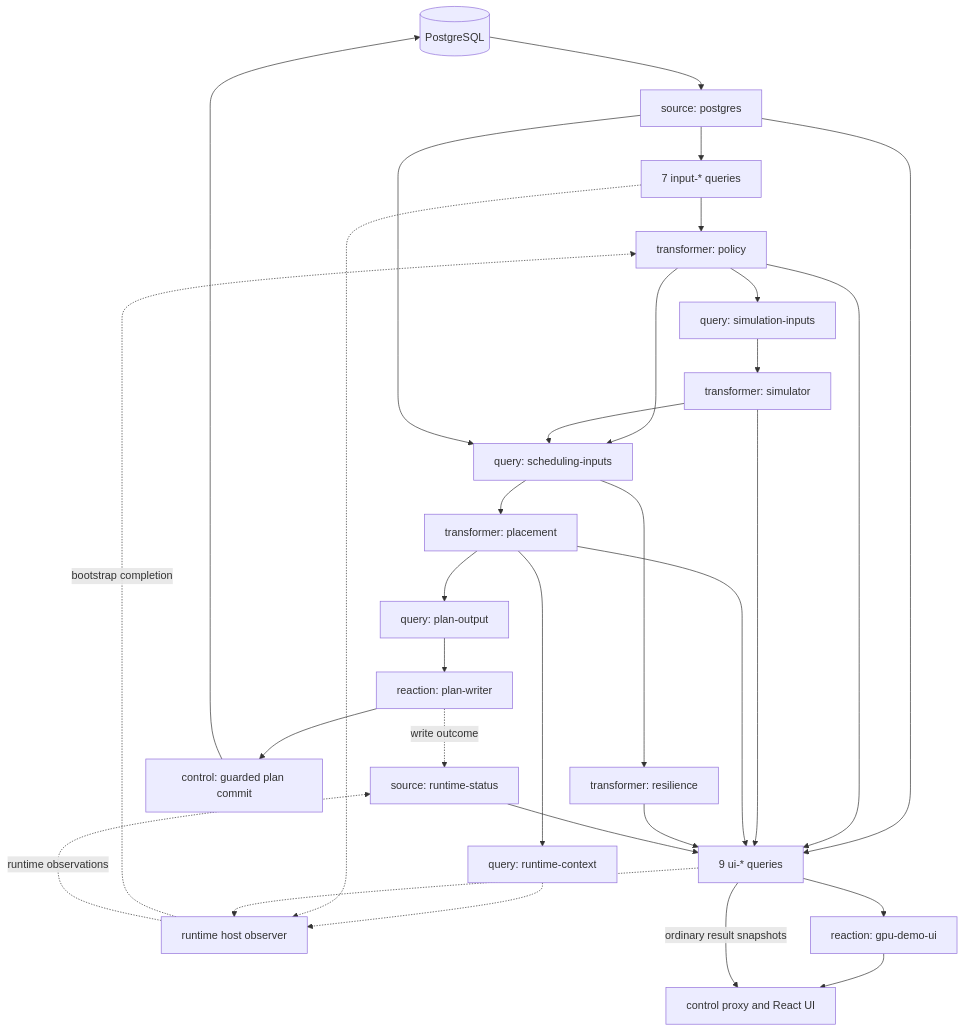
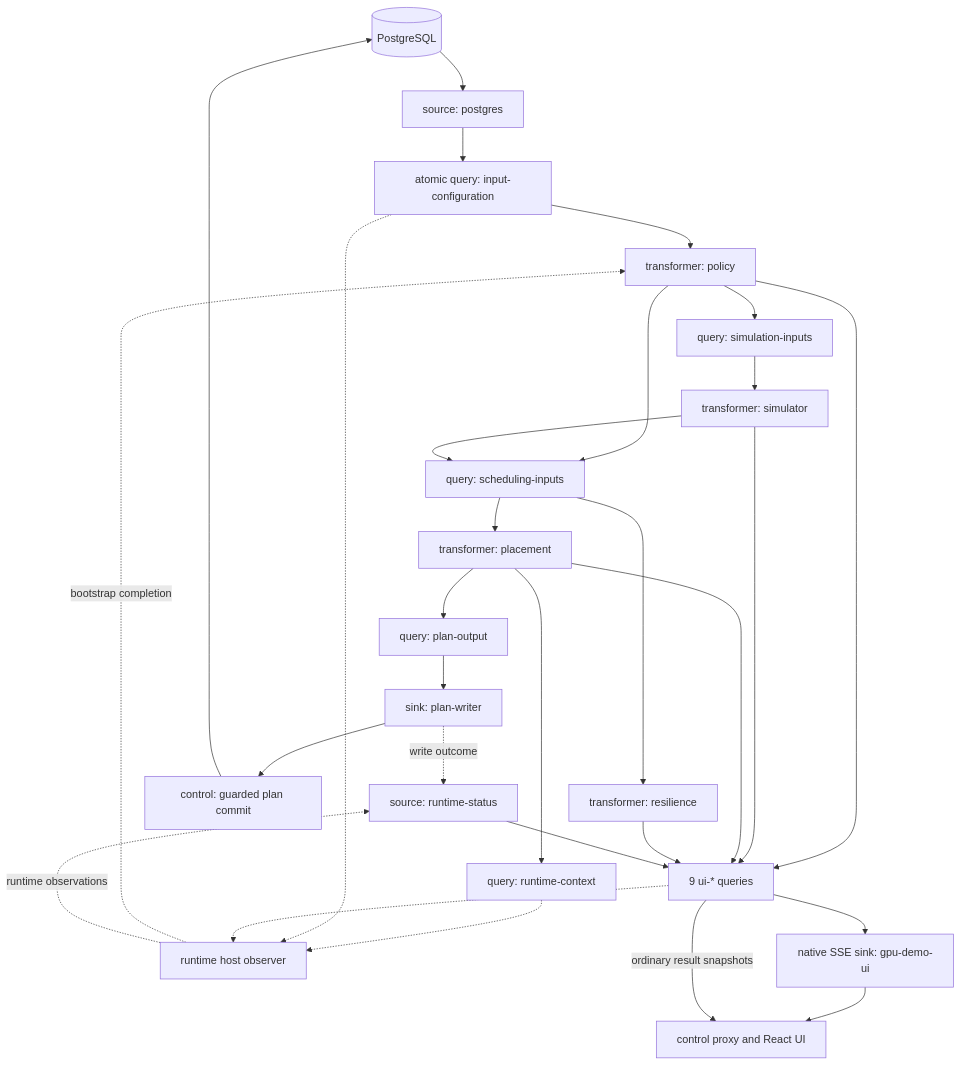
Before and after one commit to drasi-project/drasi-server: the second of 2 diagrams in examples/gpu-cluster-lab/embedded/README.md, drawn with Mermaid. The commit also changed other lines of this file and 48 other files, not shown here.

First line of the commit message:
feat(examples): migrate GPU and Move-a-Wall to native graphs

````diff
--- a/examples/gpu-cluster-lab/embedded/README.md
+++ b/examples/gpu-cluster-lab/embedded/README.md
@@ -254,52 +254,50 @@
 ```mermaid
 flowchart TD
     DB[("PostgreSQL")]
     PG["source: postgres"]
-    Inputs["7 input-* queries"]
+    Inputs["atomic query: input-configuration"]
     Policy["transformer: policy"]
     SimulationQuery["query: simulation-inputs"]
     Simulator["transformer: simulator"]
     SchedulingQuery["query: scheduling-inputs"]
     Placement["transformer: placement"]
     Resilience["transformer: resilience"]
     PlanQuery["query: plan-output"]
-    Writer["reaction: plan-writer"]
+    Writer["sink: plan-writer"]
     Control["control: guarded plan commit"]
     ContextQuery["query: runtime-context"]
     Observer["runtime host observer"]
     Status["source: runtime-status"]
     Views["9 ui-* queries"]
-    SSE["reaction: gpu-demo-ui"]
+    SSE["native SSE sink: gpu-demo-ui"]
     Browser["control proxy and React UI"]
 
     DB --> PG
     PG --> Inputs
     Inputs --> Policy
     Policy --> SimulationQuery
     SimulationQuery --> Simulator
     Policy --> SchedulingQuery
     Simulator --> SchedulingQuery
-    PG --> SchedulingQuery
     SchedulingQuery --> Placement
     SchedulingQuery --> Resilience
     Placement --> PlanQuery
     PlanQuery --> Writer
     Writer --> Control
     Control --> DB
     Placement --> ContextQuery
     ContextQuery -.-> Observer
     Inputs -.-> Observer
     Views -.-> Observer
     Observer -.->|"bootstrap completion"| Policy
     Observer -.->|"runtime observations"| Status
     Writer -.->|"write outcome"| Status
-    PG --> Views
     Policy --> Views
     Simulator --> Views
     Placement --> Views
     Resilience --> Views
     Status --> Views
     Views --> SSE
     SSE --> Browser
     Views -->|"ordinary result snapshots"| Browser
 ```
````
